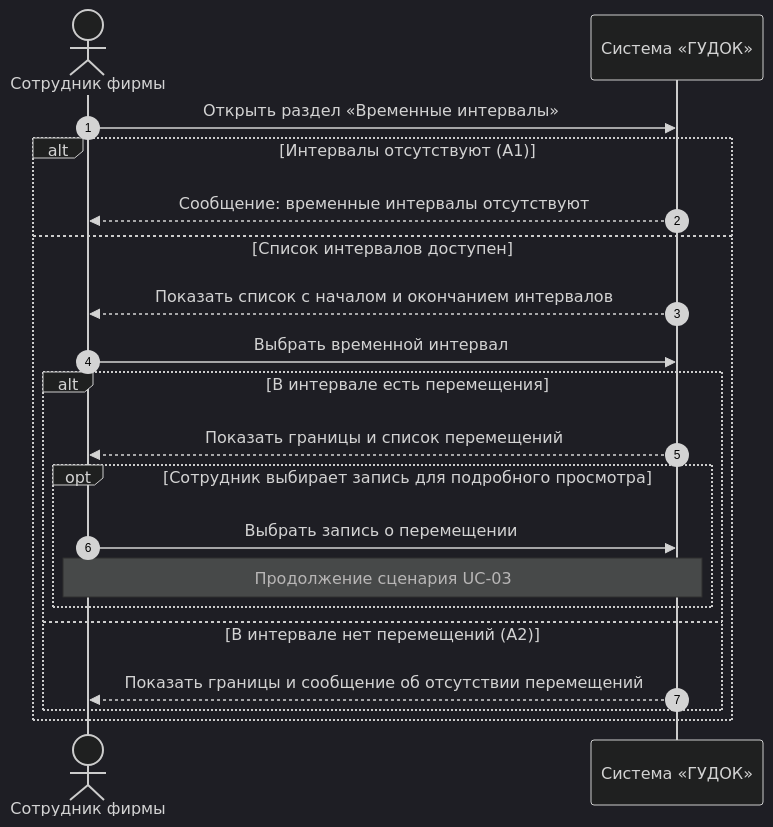
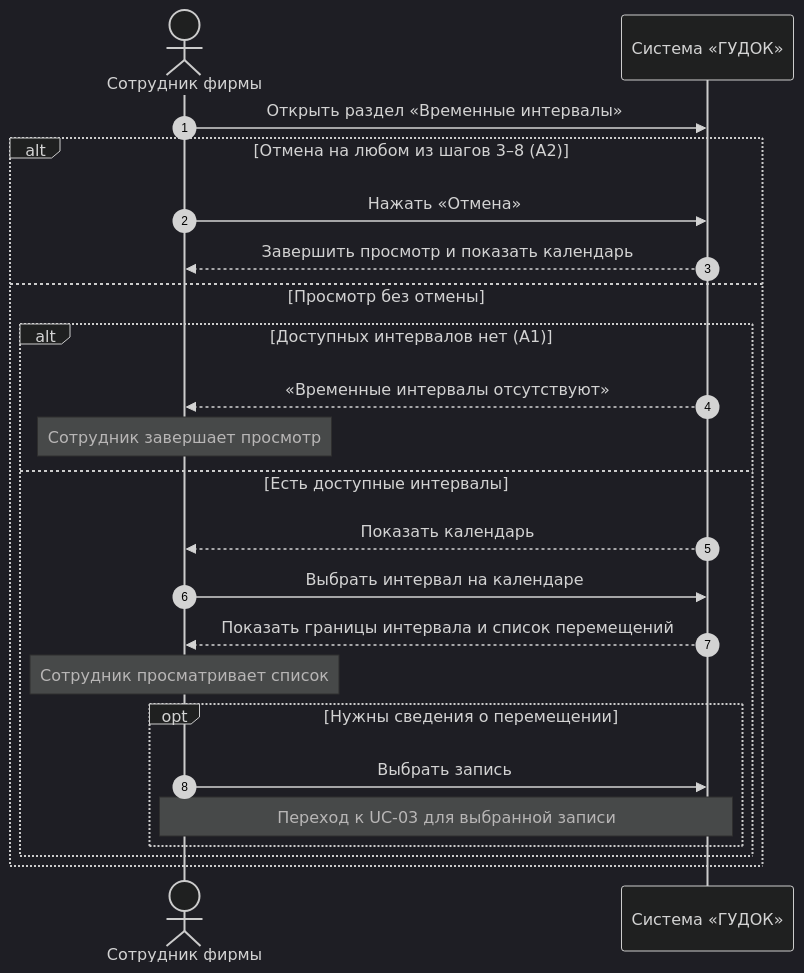
Before and after one commit to Fwor1d/FishPlanet: the diagram in docs/draw/sd-02.mmd, drawn with Mermaid (dark theme). The commit also changed 6 other files, not shown here.

First line of the commit message:
Согласованы отчёт Амелякина и SD-02 с выбором интервала на календаре

```diff
--- a/docs/draw/sd-02.mmd
+++ b/docs/draw/sd-02.mmd
@@ -1,20 +1,23 @@
 sequenceDiagram
     autonumber
     actor Staff as Сотрудник фирмы
     participant System as Система «ГУДОК»
     Staff->>System: Открыть раздел «Временные интервалы»
-    alt Интервалы отсутствуют (А1)
-        System-->>Staff: Сообщение: временные интервалы отсутствуют
-    else Список интервалов доступен
-        System-->>Staff: Показать список с началом и окончанием интервалов
-        Staff->>System: Выбрать временной интервал
-        alt В интервале есть перемещения
-            System-->>Staff: Показать границы и список перемещений
-            opt Сотрудник выбирает запись для подробного просмотра
-                Staff->>System: Выбрать запись о перемещении
-                Note over Staff,System: Продолжение сценария UC-03
+    alt Отмена на любом из шагов 3–8 (А2)
+        Staff->>System: Нажать «Отмена»
+        System-->>Staff: Завершить просмотр и показать календарь
+    else Просмотр без отмены
+        alt Доступных интервалов нет (А1)
+            System-->>Staff: «Временные интервалы отсутствуют»
+            Note over Staff: Сотрудник завершает просмотр
+        else Есть доступные интервалы
+            System-->>Staff: Показать календарь
+            Staff->>System: Выбрать интервал на календаре
+            System-->>Staff: Показать границы интервала и список перемещений
+            Note over Staff: Сотрудник просматривает список
+            opt Нужны сведения о перемещении
+                Staff->>System: Выбрать запись
+                Note over Staff,System: Переход к UC-03 для выбранной записи
             end
-        else В интервале нет перемещений (А2)
-            System-->>Staff: Показать границы и сообщение об отсутствии перемещений
         end
     end
```
